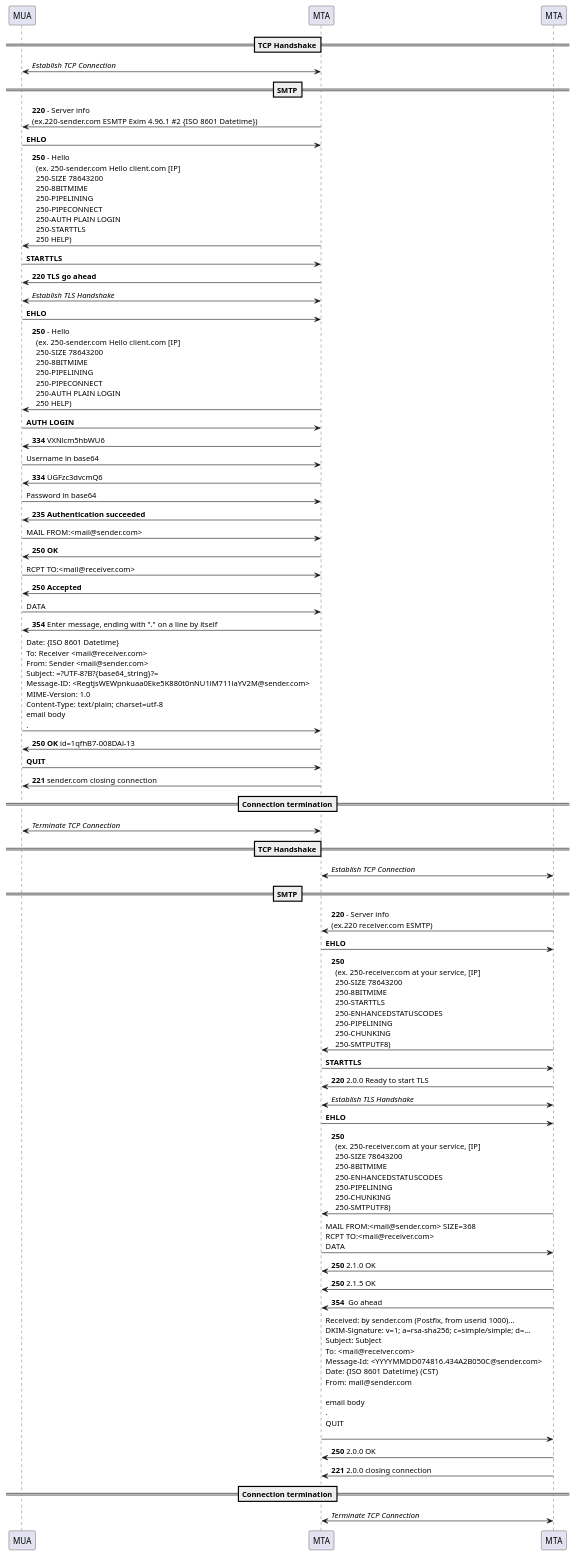
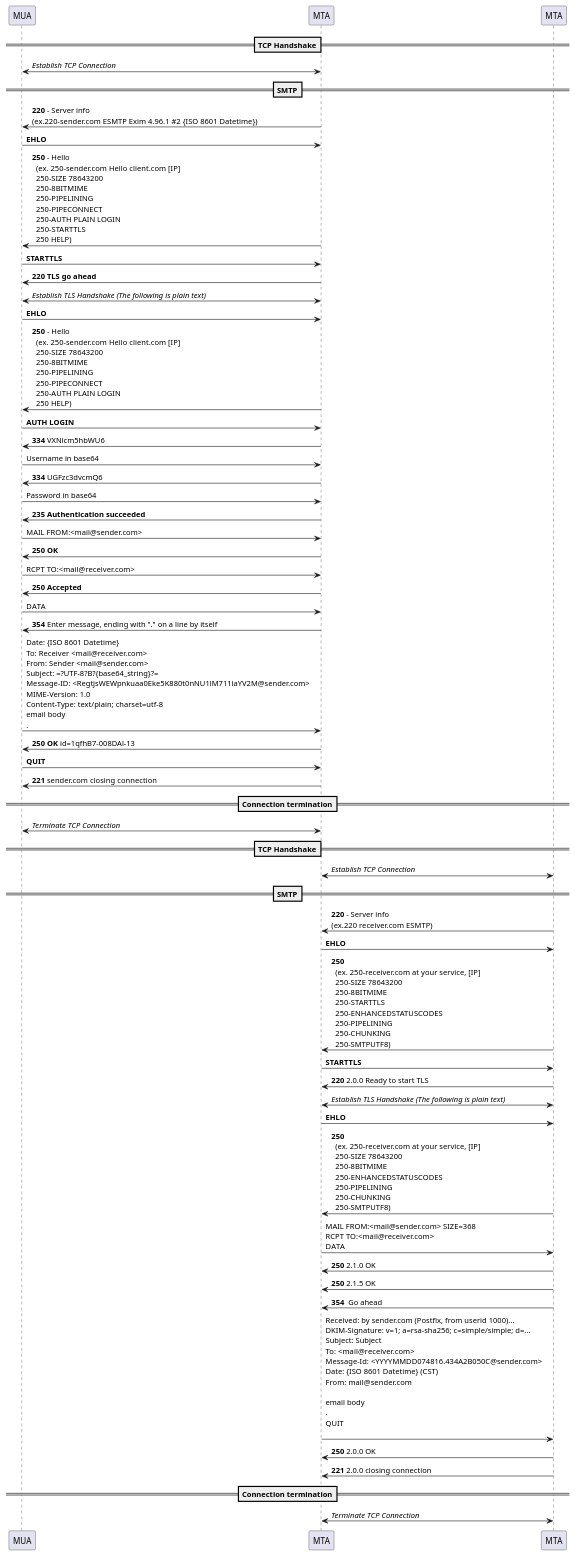
Before and after one commit to yidas/web-service-protocols: the diagram in smtp/smtp-flow.plantuml, drawn with PlantUML.

```diff
--- a/smtp/smtp-flow.plantuml
+++ b/smtp/smtp-flow.plantuml
@@ -1,64 +1,64 @@
 @startuml
 participant "MUA" as c
 participant "MTA" as s
 participant "MTA" as r
 ==TCP Handshake==
 c<->s: //Establish TCP Connection//
 
 ==SMTP==
 s->c: **220** - Server info \n(ex.220-sender.com ESMTP Exim 4.96.1 #2 {ISO 8601 Datetime})
 c->s: **EHLO**
 s->c: **250** - Hello \n  (ex. 250-sender.com Hello client.com [IP] \n  250-SIZE 78643200 \n  250-8BITMIME \n  250-PIPELINING \n  250-PIPECONNECT \n  250-AUTH PLAIN LOGIN \n  250-STARTTLS \n  250 HELP)
 c->s: **STARTTLS**
 s->c: **220 TLS go ahead**
-s<->c: //Establish TLS Handshake//
+s<->c: //Establish TLS Handshake (The following is plain text)//
 c->s: **EHLO**
 s->c: **250** - Hello \n  (ex. 250-sender.com Hello client.com [IP] \n  250-SIZE 78643200 \n  250-8BITMIME \n  250-PIPELINING \n  250-PIPECONNECT \n  250-AUTH PLAIN LOGIN \n  250 HELP)
 c->s: **AUTH LOGIN**
 s->c: **334** VXNlcm5hbWU6
 c->s: Username in base64
 s->c: **334** UGFzc3dvcmQ6
 c->s: Password in base64
 s->c: **235 Authentication succeeded**
 c->s: MAIL FROM:<mail@sender.com>
 s->c: **250 OK**
 c->s: RCPT TO:<mail@receiver.com>
 s->c: **250 Accepted**
 c->s: DATA
 s->c: **354** Enter message, ending with "." on a line by itself
 c->s: Date: {ISO 8601 Datetime} \nTo: Receiver <mail@receiver.com> \nFrom: Sender <mail@sender.com> \nSubject: =?UTF-8?B?{base64_string}?= \nMessage-ID: <RegtjsWEWpnkuaa0Eke5K880t0nNU1lM711laYV2M@sender.com> \nMIME-Version: 1.0 \nContent-Type: text/plain; charset=utf-8 \nemail body \n.
 s->c: **250 OK** id=1qfhB7-008DAl-13
 c->s: **QUIT**
 s->c: **221** sender.com closing connection
 
 ==Connection termination==
 c<->s: //Terminate TCP Connection//
 
 
 
 ==TCP Handshake==
 s<->r: //Establish TCP Connection//
 
 ==SMTP==
 r->s: **220** - Server info \n(ex.220 receiver.com ESMTP)
 s->r: **EHLO**
 r->s: **250** \n  (ex. 250-receiver.com at your service, [IP] \n  250-SIZE 78643200 \n  250-8BITMIME \n  250-STARTTLS \n  250-ENHANCEDSTATUSCODES \n  250-PIPELINING \n  250-CHUNKING \n  250-SMTPUTF8)
 s->r: **STARTTLS**
 r->s: **220** 2.0.0 Ready to start TLS
-s<->r: //Establish TLS Handshake//
+s<->r: //Establish TLS Handshake (The following is plain text)//
 s->r: **EHLO**
 r->s: **250** \n  (ex. 250-receiver.com at your service, [IP] \n  250-SIZE 78643200 \n  250-8BITMIME \n  250-ENHANCEDSTATUSCODES \n  250-PIPELINING \n  250-CHUNKING \n  250-SMTPUTF8)
 s->r: MAIL FROM:<mail@sender.com> SIZE=368 \nRCPT TO:<mail@receiver.com> \nDATA
 r->s: **250** 2.1.0 OK
 r->s: **250** 2.1.5 OK
 r->s: **354**  Go ahead
 s->r: Received: by sender.com (Postfix, from userid 1000)... \nDKIM-Signature: v=1; a=rsa-sha256; c=simple/simple; d=... \nSubject: Subject \nTo: <mail@receiver.com> \nMessage-Id: <YYYYMMDD074816.434A2B050C@sender.com> \nDate: {ISO 8601 Datetime} (CST) \nFrom: mail@sender.com \n \nemail body \n. \nQUIT \n
 r->s: **250** 2.0.0 OK
 r->s: **221** 2.0.0 closing connection
 
 
 
 ==Connection termination==
 s<->r: //Terminate TCP Connection//
 
 @enduml
```
